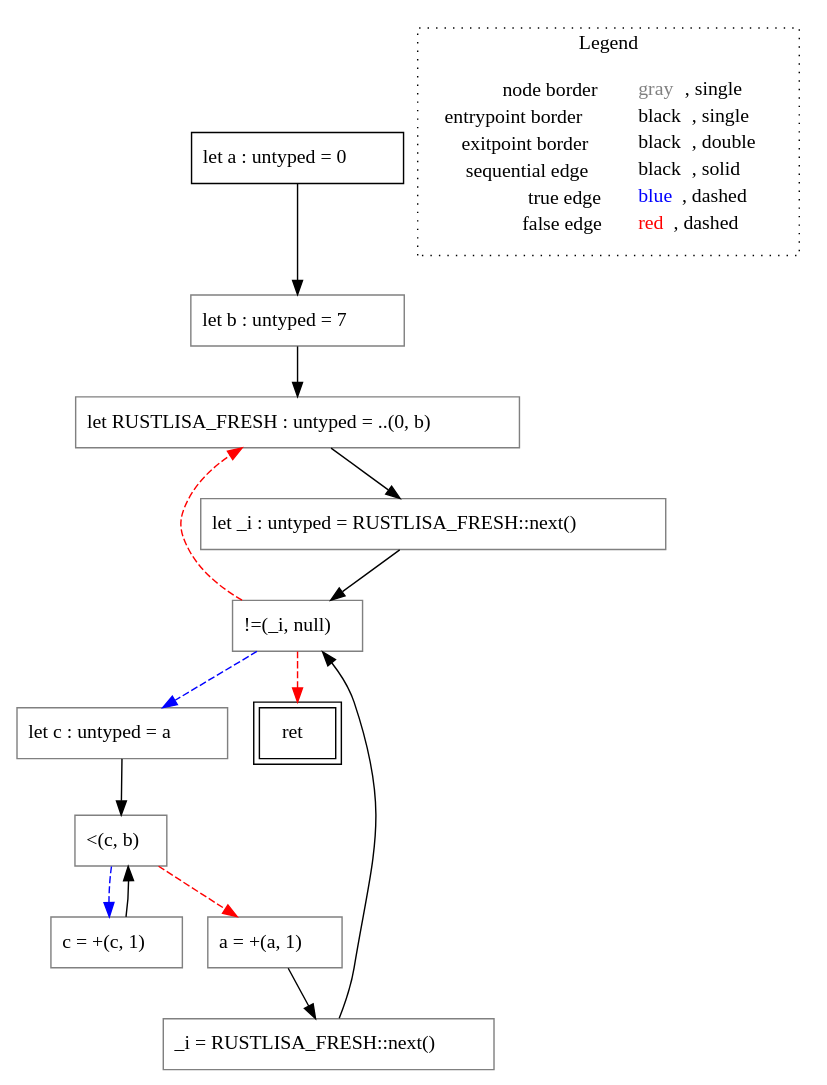
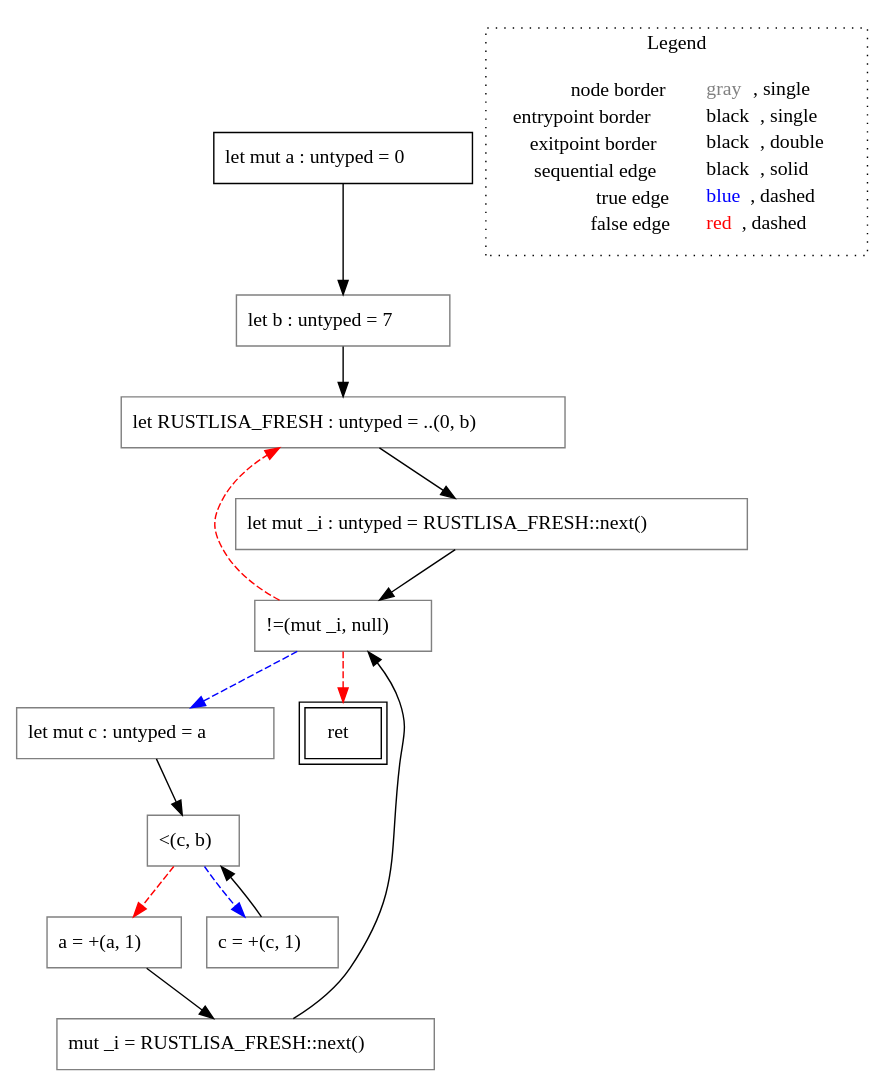
Before and after one commit to VincenzoArceri/rust-lisa: the diagram in rust-lisa/rust-testcases/cfg/nested-loops/()_rust-testcases_cfg_nested-loops_nested-loops.rs.main().dot, drawn with Graphviz. The commit also changed 29 other files, not shown here.

```diff
--- a/rust-lisa/rust-testcases/cfg/nested-loops/()_rust-testcases_cfg_nested-loops_nested-loops.rs.main().dot
+++ b/rust-lisa/rust-testcases/cfg/nested-loops/()_rust-testcases_cfg_nested-loops_nested-loops.rs.main().dot
@@ -1,33 +1,33 @@
 digraph {
-	"node0" [shape="rect",color="black",label=<let a : untyped = 0>];
-	"node1" [shape="rect",color="gray",label=<c = +(c, 1)>];
-	"node2" [shape="rect",color="gray",label=<let c : untyped = a>];
-	"node3" [shape="rect",color="gray",label=<&lt;(c, b)>];
-	"node4" [shape="rect",color="gray",label=<!=(_i, null)>];
-	"node5" [shape="rect",color="black",peripheries="2",label=<ret>];
-	"node6" [shape="rect",color="gray",label=<let _i : untyped = RUSTLISA_FRESH::next()>];
-	"node7" [shape="rect",color="gray",label=<_i = RUSTLISA_FRESH::next()>];
-	"node8" [shape="rect",color="gray",label=<let RUSTLISA_FRESH : untyped = ..(0, b)>];
-	"node9" [shape="rect",color="gray",label=<a = +(a, 1)>];
+	"node0" [shape="rect",color="black",label=<let mut a : untyped = 0>];
+	"node1" [shape="rect",color="gray",label=<&lt;(c, b)>];
+	"node2" [shape="rect",color="gray",label=<!=(mut _i, null)>];
+	"node3" [shape="rect",color="gray",label=<let mut c : untyped = a>];
+	"node4" [shape="rect",color="black",peripheries="2",label=<ret>];
+	"node5" [shape="rect",color="gray",label=<a = +(a, 1)>];
+	"node6" [shape="rect",color="gray",label=<let RUSTLISA_FRESH : untyped = ..(0, b)>];
+	"node7" [shape="rect",color="gray",label=<let mut _i : untyped = RUSTLISA_FRESH::next()>];
+	"node8" [shape="rect",color="gray",label=<mut _i = RUSTLISA_FRESH::next()>];
+	"node9" [shape="rect",color="gray",label=<c = +(c, 1)>];
 	"node10" [shape="rect",color="gray",label=<let b : untyped = 7>];
+	"node1" -> "node5" [color="red",style="dashed"];
+	"node1" -> "node9" [color="blue",style="dashed"];
+	"node2" -> "node6" [color="red",style="dashed"];
+	"node2" -> "node3" [color="blue",style="dashed"];
+	"node2" -> "node4" [color="red",style="dashed"];
+	"node3" -> "node1" [color="black"];
 	"node0" -> "node10" [color="black"];
-	"node1" -> "node3" [color="black"];
-	"node2" -> "node3" [color="black"];
-	"node3" -> "node9" [color="red",style="dashed"];
-	"node3" -> "node1" [color="blue",style="dashed"];
-	"node4" -> "node8" [color="red",style="dashed"];
-	"node4" -> "node2" [color="blue",style="dashed"];
-	"node4" -> "node5" [color="red",style="dashed"];
-	"node6" -> "node4" [color="black"];
-	"node7" -> "node4" [color="black"];
-	"node8" -> "node6" [color="black"];
-	"node9" -> "node7" [color="black"];
-	"node10" -> "node8" [color="black"];
+	"node5" -> "node8" [color="black"];
+	"node6" -> "node7" [color="black"];
+	"node7" -> "node2" [color="black"];
+	"node8" -> "node2" [color="black"];
+	"node9" -> "node1" [color="black"];
+	"node10" -> "node6" [color="black"];
 subgraph cluster_legend {
 	label="Legend";
 	style=dotted;
 	node [shape=plaintext];
 	"legend" [label=<<table border="0" cellpadding="2" cellspacing="0" cellborder="0"><tr><td align="right">node border&nbsp;</td><td align="left"><font color="gray">gray</font>, single</td></tr><tr><td align="right">entrypoint border&nbsp;</td><td align="left"><font color="black">black</font>, single</td></tr><tr><td align="right">exitpoint border&nbsp;</td><td align="left"><font color="black">black</font>, double</td></tr><tr><td align="right">sequential edge&nbsp;</td><td align="left"><font color="black">black</font>, solid</td></tr><tr><td align="right">true edge&nbsp;</td><td align="left"><font color="blue">blue</font>, dashed</td></tr><tr><td align="right">false edge&nbsp;</td><td align="left"><font color="red">red</font>, dashed</td></tr></table>>];
 }
 
 }
```
